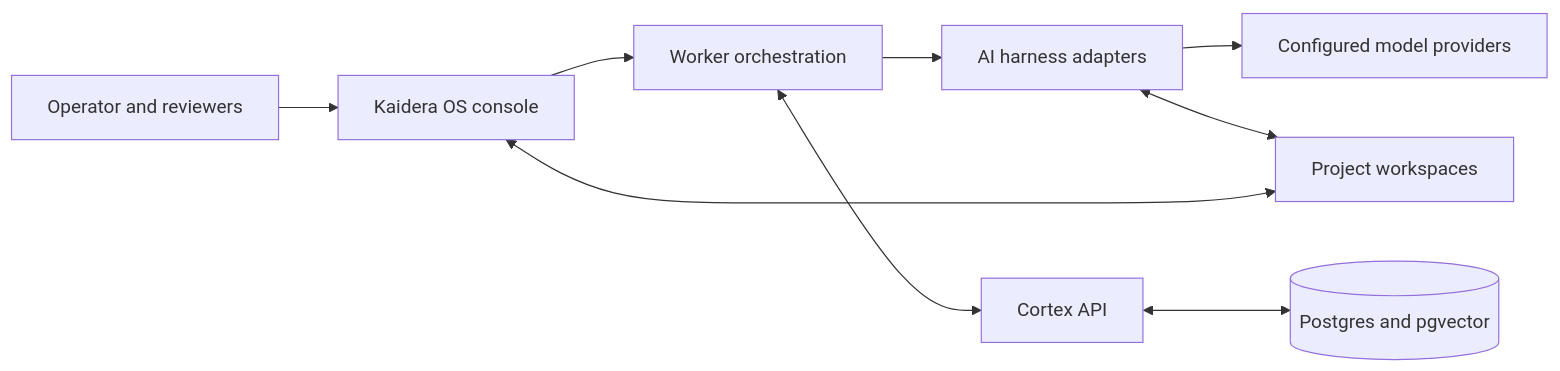
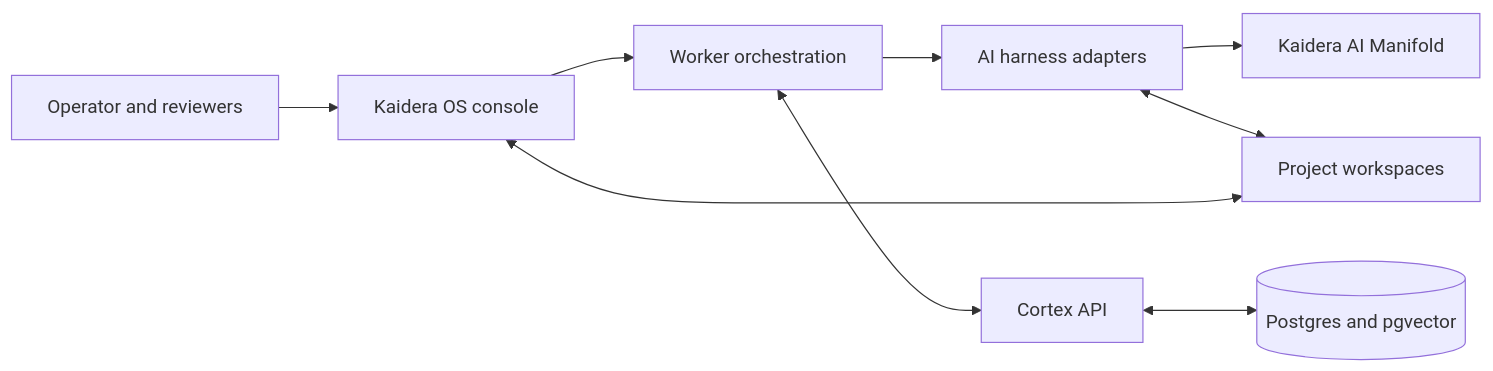
Before and after one commit to Kaidera-AI/kaidera-os: the diagram in docs/HOW_IT_WORKS.md, drawn with Mermaid. The commit also changed other lines of this file and 253 other files, not shown here.

````diff
--- a/docs/HOW_IT_WORKS.md
+++ b/docs/HOW_IT_WORKS.md
@@ -9,20 +9,20 @@
 ```mermaid
 flowchart LR
     Human[Operator and reviewers]
     Console[Kaidera OS console]
     Orchestrator[Worker orchestration]
     Harnesses[AI harness adapters]
-    Providers[Configured model providers]
+    Providers[Kaidera AI Manifold]
     Cortex[Cortex API]
     Memory[(Postgres and pgvector)]
     Workspace[Project workspaces]
 
     Human --> Console
     Console --> Orchestrator
     Orchestrator --> Harnesses
     Harnesses --> Providers
     Orchestrator <--> Cortex
     Cortex <--> Memory
     Harnesses <--> Workspace
     Console <--> Workspace
 ```
````
